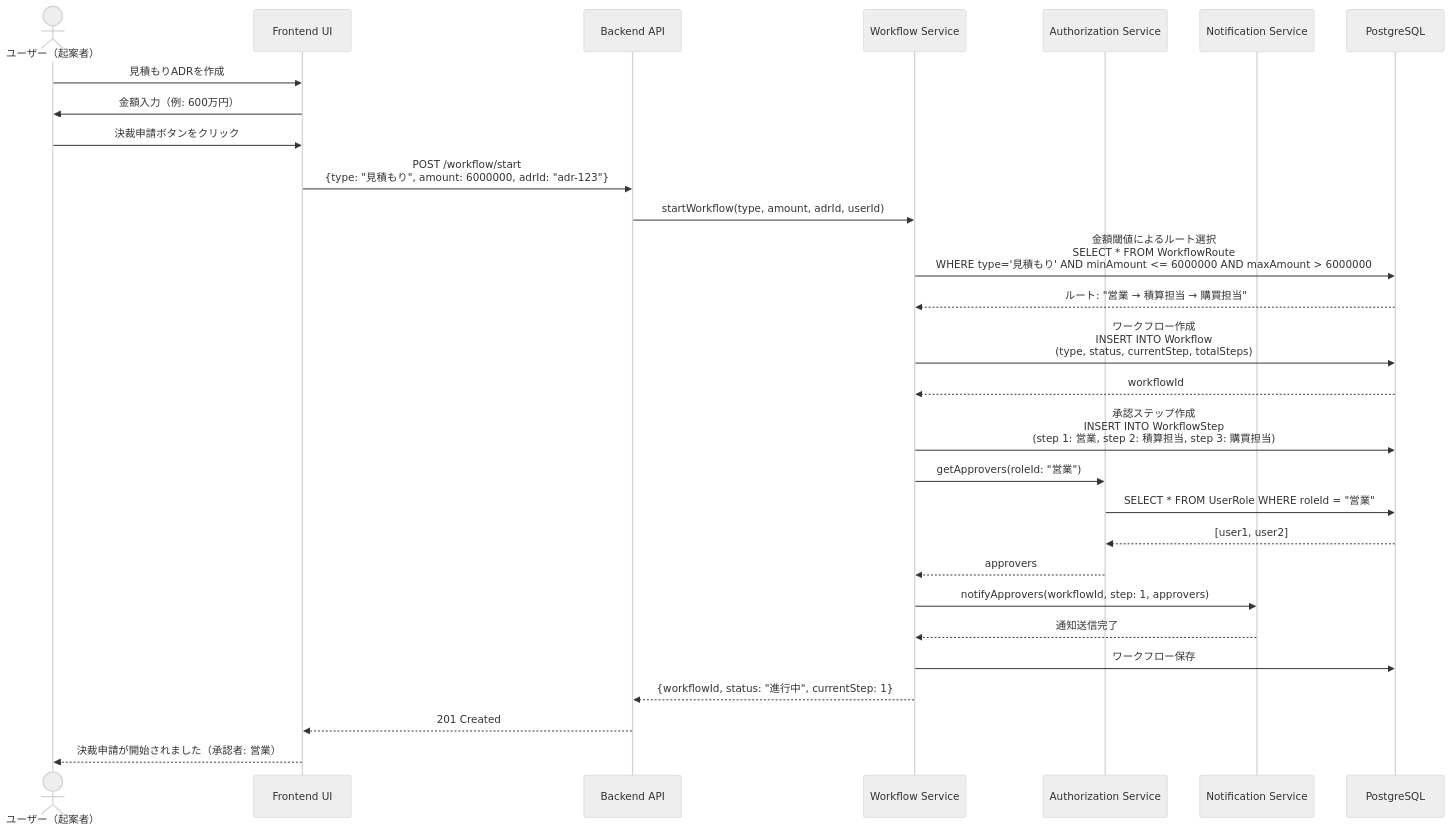
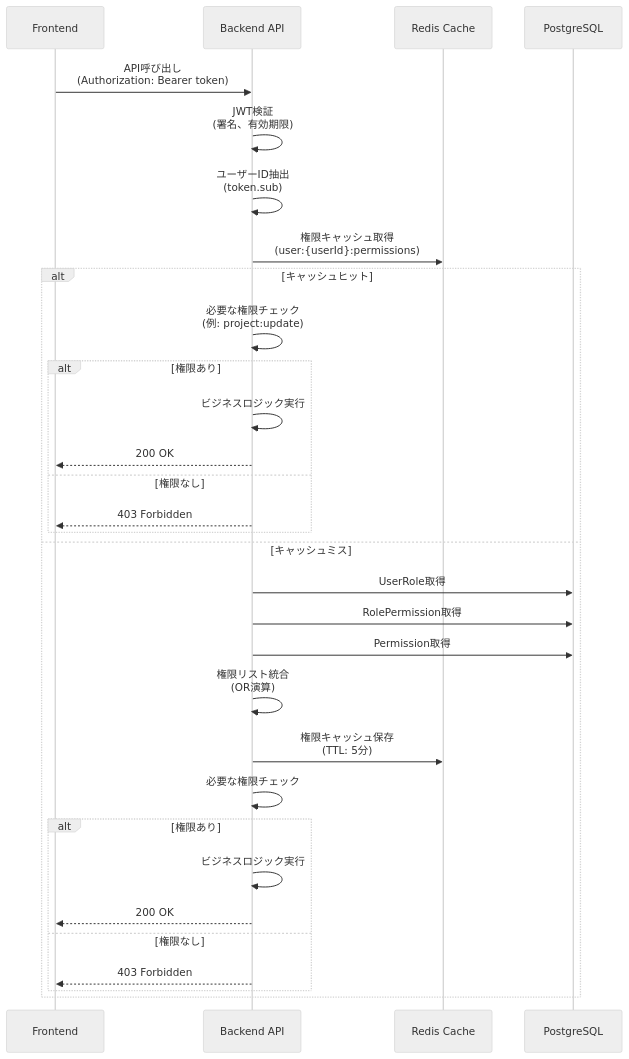
Before and after one commit to inakanou/ArchiTrack: the seventh of 8 diagrams in .kiro/specs/user-authentication/design.md, drawn with Mermaid (neutral theme). The commit also changed other lines of this file and 1 other file, not shown here.

First line of the commit message:
feat(spec): 認証・認可機能の技術設計書を生成（user-authentication）

````diff
--- a/.kiro/specs/user-authentication/design.md
+++ b/.kiro/specs/user-authentication/design.md
@@ -511,37 +390,34 @@
 ```mermaid
 sequenceDiagram
-    actor User as ユーザー（起案者）
-    participant UI as Frontend UI
+    participant UI as Frontend
     participant API as Backend API
-    participant WorkflowService as Workflow Service
-    participant AuthzService as Authorization Service
-    participant NotificationService as Notification Service
+    participant Cache as Redis Cache
     participant DB as PostgreSQL
 
-    User->>UI: 見積もりADRを作成
-    UI->>User: 金額入力（例: 600万円）
-    User->>UI: 決裁申請ボタンをクリック
-    UI->>API: POST /workflow/start<br/>{type: "見積もり", amount: 6000000, adrId: "adr-123"}
-    API->>WorkflowService: startWorkflow(type, amount, adrId, userId)
-
-    WorkflowService->>DB: 金額閾値によるルート選択<br/>SELECT * FROM WorkflowRoute<br/>WHERE type='見積もり' AND minAmount <= 6000000 AND maxAmount > 6000000
-    DB-->>WorkflowService: ルート: "営業 → 積算担当 → 購買担当"
-
-    WorkflowService->>DB: ワークフロー作成<br/>INSERT INTO Workflow<br/>(type, status, currentStep, totalSteps)
-    DB-->>WorkflowService: workflowId
-
-    WorkflowService->>DB: 承認ステップ作成<br/>INSERT INTO WorkflowStep<br/>(step 1: 営業, step 2: 積算担当, step 3: 購買担当)
-
-    WorkflowService->>AuthzService: getApprovers(roleId: "営業")
-    AuthzService->>DB: SELECT * FROM UserRole WHERE roleId = "営業"
-    DB-->>AuthzService: [user1, user2]
-    AuthzService-->>WorkflowService: approvers
-
-    WorkflowService->>NotificationService: notifyApprovers(workflowId, step: 1, approvers)
-    NotificationService-->>WorkflowService: 通知送信完了
-
-    WorkflowService->>DB: ワークフロー保存
-    WorkflowService-->>API: {workflowId, status: "進行中", currentStep: 1}
-    API-->>UI: 201 Created
-    UI-->>User: 決裁申請が開始されました（承認者: 営業）
+    UI->>API: API呼び出し<br/>(Authorization: Bearer token)
+    API->>API: JWT検証<br/>(署名、有効期限)
+    API->>API: ユーザーID抽出<br/>(token.sub)
+    API->>Cache: 権限キャッシュ取得<br/>(user:{userId}:permissions)
+    alt キャッシュヒット
+        API->>API: 必要な権限チェック<br/>(例: project:update)
+        alt 権限あり
+            API->>API: ビジネスロジック実行
+            API-->>UI: 200 OK
+        else 権限なし
+            API-->>UI: 403 Forbidden
+        end
+    else キャッシュミス
+        API->>DB: UserRole取得
+        API->>DB: RolePermission取得
+        API->>DB: Permission取得
+        API->>API: 権限リスト統合<br/>(OR演算)
+        API->>Cache: 権限キャッシュ保存<br/>(TTL: 5分)
+        API->>API: 必要な権限チェック
+        alt 権限あり
+            API->>API: ビジネスロジック実行
+            API-->>UI: 200 OK
+        else 権限なし
+            API-->>UI: 403 Forbidden
+        end
+    end
 ```
````
